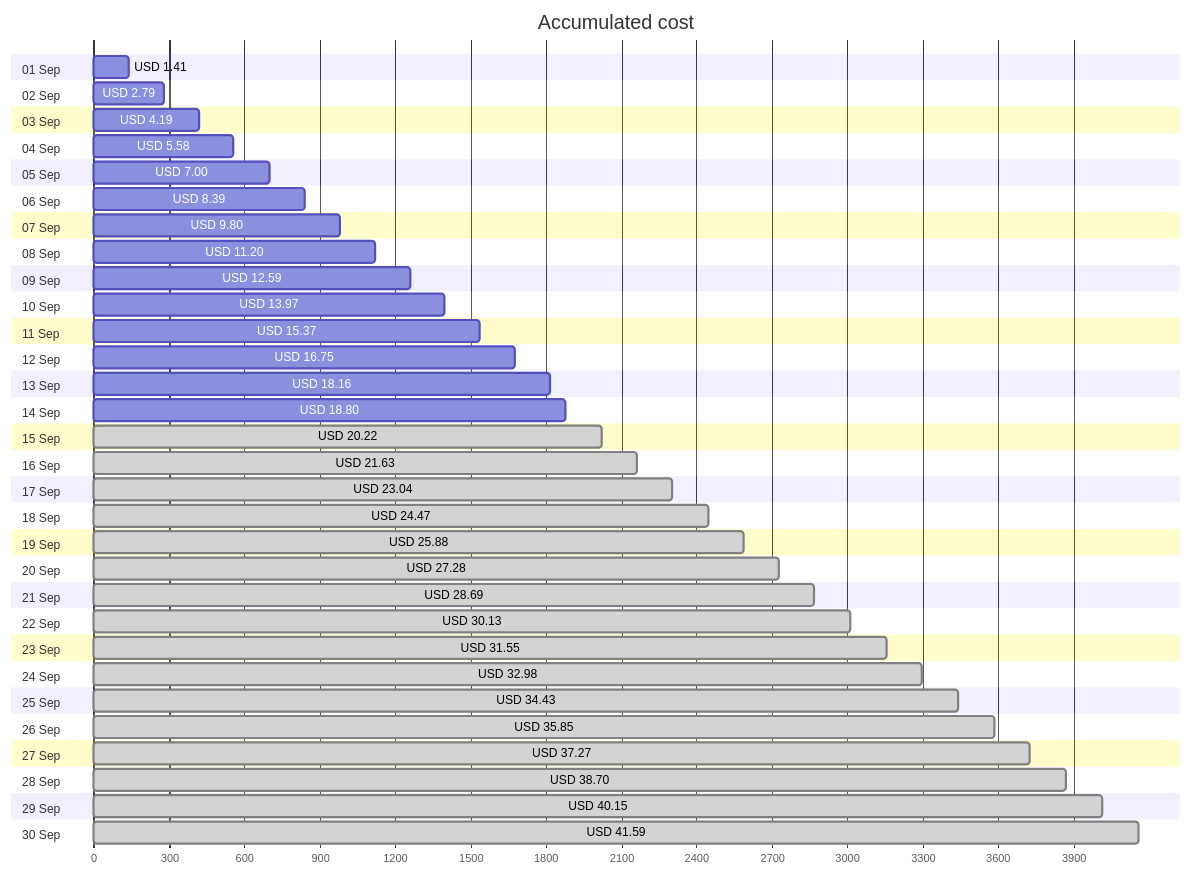
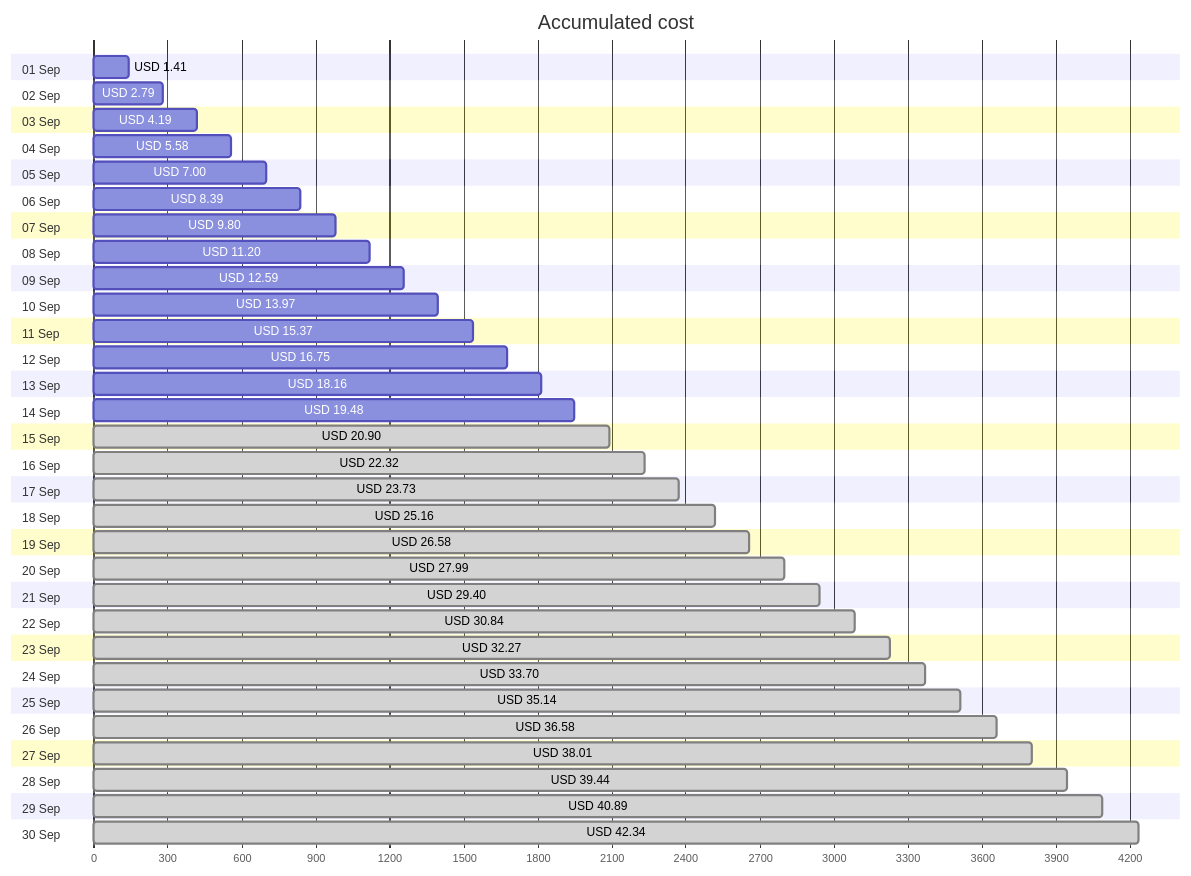
Before and after one commit to jpfulton/azure-personal-reports: the first of 4 diagrams in cost-reports/personal-network/backup-data-disk.md, drawn with Mermaid. The commit also changed other lines of this file and 37 other files, not shown here.

````diff
--- a/cost-reports/personal-network/backup-data-disk.md
+++ b/cost-reports/personal-network/backup-data-disk.md
@@ -20,66 +20,66 @@
 ```mermaid
 gantt
    title Accumulated cost
    dateFormat  X
    axisFormat %s
    section 01 Sep
    USD 1.41 :0, 141
    section 02 Sep
    USD 2.79 :0, 279
    section 03 Sep
    USD 4.19 :0, 419
    section 04 Sep
    USD 5.58 :0, 558
    section 05 Sep
    USD 7.00 :0, 700
    section 06 Sep
    USD 8.39 :0, 839
    section 07 Sep
    USD 9.80 :0, 980
    section 08 Sep
    USD 11.20 :0, 1120
    section 09 Sep
    USD 12.59 :0, 1259
    section 10 Sep
    USD 13.97 :0, 1397
    section 11 Sep
    USD 15.37 :0, 1537
    section 12 Sep
    USD 16.75 :0, 1675
    section 13 Sep
    USD 18.16 :0, 1816
    section 14 Sep
-   USD 18.80 :0, 1880
+   USD 19.48 :0, 1948
    section 15 Sep
-   USD 20.22 : done, 0, 2022
+   USD 20.90 : done, 0, 2090
    section 16 Sep
-   USD 21.63 : done, 0, 2163
+   USD 22.32 : done, 0, 2232
    section 17 Sep
-   USD 23.04 : done, 0, 2304
+   USD 23.73 : done, 0, 2373
    section 18 Sep
-   USD 24.47 : done, 0, 2447
+   USD 25.16 : done, 0, 2516
    section 19 Sep
-   USD 25.88 : done, 0, 2588
+   USD 26.58 : done, 0, 2658
    section 20 Sep
-   USD 27.28 : done, 0, 2728
+   USD 27.99 : done, 0, 2799
    section 21 Sep
-   USD 28.69 : done, 0, 2869
+   USD 29.40 : done, 0, 2940
    section 22 Sep
-   USD 30.13 : done, 0, 3013
+   USD 30.84 : done, 0, 3084
    section 23 Sep
-   USD 31.55 : done, 0, 3155
+   USD 32.27 : done, 0, 3227
    section 24 Sep
-   USD 32.98 : done, 0, 3298
+   USD 33.70 : done, 0, 3370
    section 25 Sep
-   USD 34.43 : done, 0, 3443
+   USD 35.14 : done, 0, 3514
    section 26 Sep
-   USD 35.85 : done, 0, 3585
+   USD 36.58 : done, 0, 3658
    section 27 Sep
-   USD 37.27 : done, 0, 3727
+   USD 38.01 : done, 0, 3801
    section 28 Sep
-   USD 38.70 : done, 0, 3870
+   USD 39.44 : done, 0, 3944
    section 29 Sep
-   USD 40.15 : done, 0, 4015
+   USD 40.89 : done, 0, 4089
    section 30 Sep
-   USD 41.59 : done, 0, 4159
+   USD 42.34 : done, 0, 4234
 ```
````
